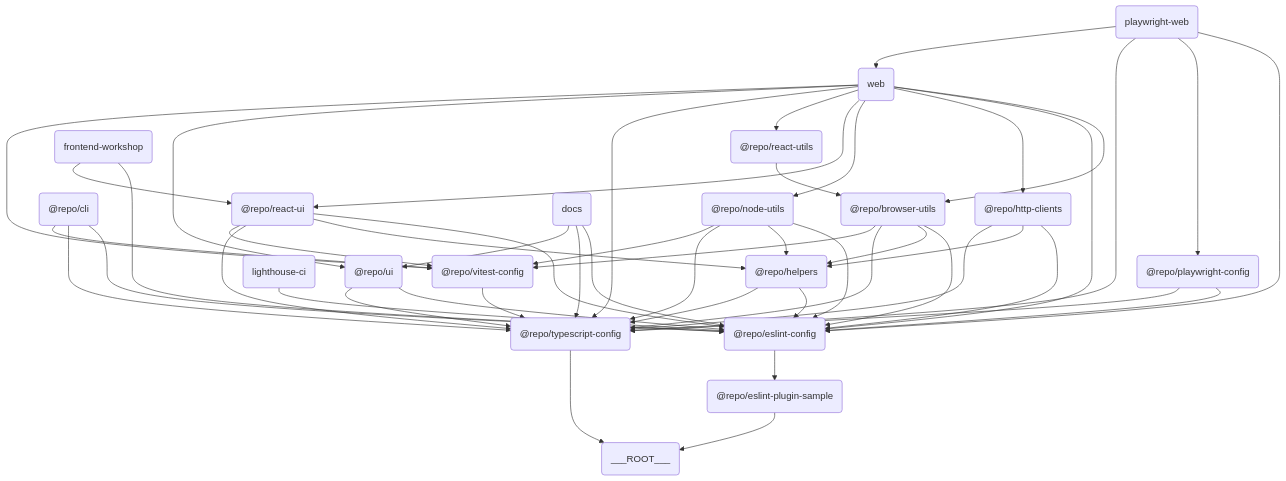
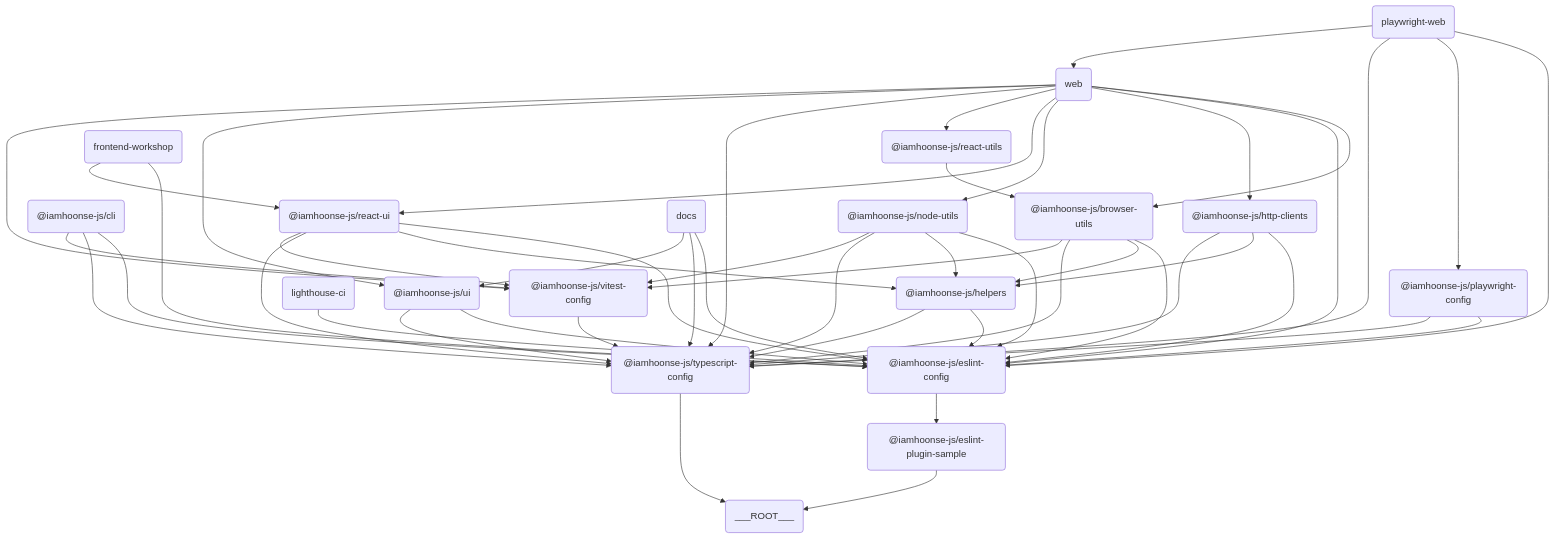
One commit to iamhoonse-dev/iamhoonse-ecosystem changed the diagram in README.md. Above: the diagram before and after it, drawn with Mermaid. The commit also changed 85 other files, not shown here.

````diff
--- a/README.md
+++ b/README.md
@@ -14,51 +14,51 @@
 ```mermaid
 graph TD
-    QHZT("@repo/browser-utils") --> ETTT("@repo/eslint-config")
-    QHZT("@repo/browser-utils") --> JEGP("@repo/helpers")
-    QHZT("@repo/browser-utils") --> EMLE("@repo/typescript-config")
-    QHZT("@repo/browser-utils") --> LRHC("@repo/vitest-config")
-    GLAO("@repo/cli") --> ETTT("@repo/eslint-config")
-    GLAO("@repo/cli") --> EMLE("@repo/typescript-config")
-    GLAO("@repo/cli") --> LRHC("@repo/vitest-config")
-    ETTT("@repo/eslint-config") --> VELR("@repo/eslint-plugin-sample")
-    VELR("@repo/eslint-plugin-sample") --> TXWC("___ROOT___")
-    JEGP("@repo/helpers") --> ETTT("@repo/eslint-config")
-    JEGP("@repo/helpers") --> EMLE("@repo/typescript-config")
-    WCIN("@repo/http-clients") --> ETTT("@repo/eslint-config")
-    WCIN("@repo/http-clients") --> JEGP("@repo/helpers")
-    WCIN("@repo/http-clients") --> EMLE("@repo/typescript-config")
-    TPBW("@repo/node-utils") --> ETTT("@repo/eslint-config")
-    TPBW("@repo/node-utils") --> JEGP("@repo/helpers")
-    TPBW("@repo/node-utils") --> EMLE("@repo/typescript-config")
-    TPBW("@repo/node-utils") --> LRHC("@repo/vitest-config")
-    BHWE("@repo/playwright-config") --> ETTT("@repo/eslint-config")
-    BHWE("@repo/playwright-config") --> EMLE("@repo/typescript-config")
-    MKNG("@repo/react-ui") --> ETTT("@repo/eslint-config")
-    MKNG("@repo/react-ui") --> JEGP("@repo/helpers")
-    MKNG("@repo/react-ui") --> EMLE("@repo/typescript-config")
-    MKNG("@repo/react-ui") --> LRHC("@repo/vitest-config")
-    IRKD("@repo/react-utils") --> QHZT("@repo/browser-utils")
-    EMLE("@repo/typescript-config") --> TXWC("___ROOT___")
-    UWBQ("@repo/ui") --> ETTT("@repo/eslint-config")
-    UWBQ("@repo/ui") --> EMLE("@repo/typescript-config")
-    LRHC("@repo/vitest-config") --> EMLE("@repo/typescript-config")
-    FBWM("docs") --> ETTT("@repo/eslint-config")
-    FBWM("docs") --> EMLE("@repo/typescript-config")
-    FBWM("docs") --> UWBQ("@repo/ui")
-    NRTE("frontend-workshop") --> ETTT("@repo/eslint-config")
-    NRTE("frontend-workshop") --> MKNG("@repo/react-ui")
-    GVMR("lighthouse-ci") --> ETTT("@repo/eslint-config")
-    ITTZ("playwright-web") --> ETTT("@repo/eslint-config")
-    ITTZ("playwright-web") --> BHWE("@repo/playwright-config")
-    ITTZ("playwright-web") --> EMLE("@repo/typescript-config")
+    QHZT("@iamhoonse-js/browser-utils") --> ETTT("@iamhoonse-js/eslint-config")
+    QHZT("@iamhoonse-js/browser-utils") --> JEGP("@iamhoonse-js/helpers")
+    QHZT("@iamhoonse-js/browser-utils") --> EMLE("@iamhoonse-js/typescript-config")
+    QHZT("@iamhoonse-js/browser-utils") --> LRHC("@iamhoonse-js/vitest-config")
+    GLAO("@iamhoonse-js/cli") --> ETTT("@iamhoonse-js/eslint-config")
+    GLAO("@iamhoonse-js/cli") --> EMLE("@iamhoonse-js/typescript-config")
+    GLAO("@iamhoonse-js/cli") --> LRHC("@iamhoonse-js/vitest-config")
+    ETTT("@iamhoonse-js/eslint-config") --> VELR("@iamhoonse-js/eslint-plugin-sample")
+    VELR("@iamhoonse-js/eslint-plugin-sample") --> TXWC("___ROOT___")
+    JEGP("@iamhoonse-js/helpers") --> ETTT("@iamhoonse-js/eslint-config")
+    JEGP("@iamhoonse-js/helpers") --> EMLE("@iamhoonse-js/typescript-config")
+    WCIN("@iamhoonse-js/http-clients") --> ETTT("@iamhoonse-js/eslint-config")
+    WCIN("@iamhoonse-js/http-clients") --> JEGP("@iamhoonse-js/helpers")
+    WCIN("@iamhoonse-js/http-clients") --> EMLE("@iamhoonse-js/typescript-config")
+    TPBW("@iamhoonse-js/node-utils") --> ETTT("@iamhoonse-js/eslint-config")
+    TPBW("@iamhoonse-js/node-utils") --> JEGP("@iamhoonse-js/helpers")
+    TPBW("@iamhoonse-js/node-utils") --> EMLE("@iamhoonse-js/typescript-config")
+    TPBW("@iamhoonse-js/node-utils") --> LRHC("@iamhoonse-js/vitest-config")
+    BHWE("@iamhoonse-js/playwright-config") --> ETTT("@iamhoonse-js/eslint-config")
+    BHWE("@iamhoonse-js/playwright-config") --> EMLE("@iamhoonse-js/typescript-config")
+    MKNG("@iamhoonse-js/react-ui") --> ETTT("@iamhoonse-js/eslint-config")
+    MKNG("@iamhoonse-js/react-ui") --> JEGP("@iamhoonse-js/helpers")
+    MKNG("@iamhoonse-js/react-ui") --> EMLE("@iamhoonse-js/typescript-config")
+    MKNG("@iamhoonse-js/react-ui") --> LRHC("@iamhoonse-js/vitest-config")
+    IRKD("@iamhoonse-js/react-utils") --> QHZT("@iamhoonse-js/browser-utils")
+    EMLE("@iamhoonse-js/typescript-config") --> TXWC("___ROOT___")
+    UWBQ("@iamhoonse-js/ui") --> ETTT("@iamhoonse-js/eslint-config")
+    UWBQ("@iamhoonse-js/ui") --> EMLE("@iamhoonse-js/typescript-config")
+    LRHC("@iamhoonse-js/vitest-config") --> EMLE("@iamhoonse-js/typescript-config")
+    FBWM("docs") --> ETTT("@iamhoonse-js/eslint-config")
+    FBWM("docs") --> EMLE("@iamhoonse-js/typescript-config")
+    FBWM("docs") --> UWBQ("@iamhoonse-js/ui")
+    NRTE("frontend-workshop") --> ETTT("@iamhoonse-js/eslint-config")
+    NRTE("frontend-workshop") --> MKNG("@iamhoonse-js/react-ui")
+    GVMR("lighthouse-ci") --> ETTT("@iamhoonse-js/eslint-config")
+    ITTZ("playwright-web") --> ETTT("@iamhoonse-js/eslint-config")
+    ITTZ("playwright-web") --> BHWE("@iamhoonse-js/playwright-config")
+    ITTZ("playwright-web") --> EMLE("@iamhoonse-js/typescript-config")
     ITTZ("playwright-web") --> VXGS("web")
-    VXGS("web") --> QHZT("@repo/browser-utils")
-    VXGS("web") --> ETTT("@repo/eslint-config")
-    VXGS("web") --> WCIN("@repo/http-clients")
-    VXGS("web") --> TPBW("@repo/node-utils")
-    VXGS("web") --> MKNG("@repo/react-ui")
-    VXGS("web") --> IRKD("@repo/react-utils")
-    VXGS("web") --> EMLE("@repo/typescript-config")
-    VXGS("web") --> UWBQ("@repo/ui")
-    VXGS("web") --> LRHC("@repo/vitest-config")
+    VXGS("web") --> QHZT("@iamhoonse-js/browser-utils")
+    VXGS("web") --> ETTT("@iamhoonse-js/eslint-config")
+    VXGS("web") --> WCIN("@iamhoonse-js/http-clients")
+    VXGS("web") --> TPBW("@iamhoonse-js/node-utils")
+    VXGS("web") --> MKNG("@iamhoonse-js/react-ui")
+    VXGS("web") --> IRKD("@iamhoonse-js/react-utils")
+    VXGS("web") --> EMLE("@iamhoonse-js/typescript-config")
+    VXGS("web") --> UWBQ("@iamhoonse-js/ui")
+    VXGS("web") --> LRHC("@iamhoonse-js/vitest-config")
 ```
````
